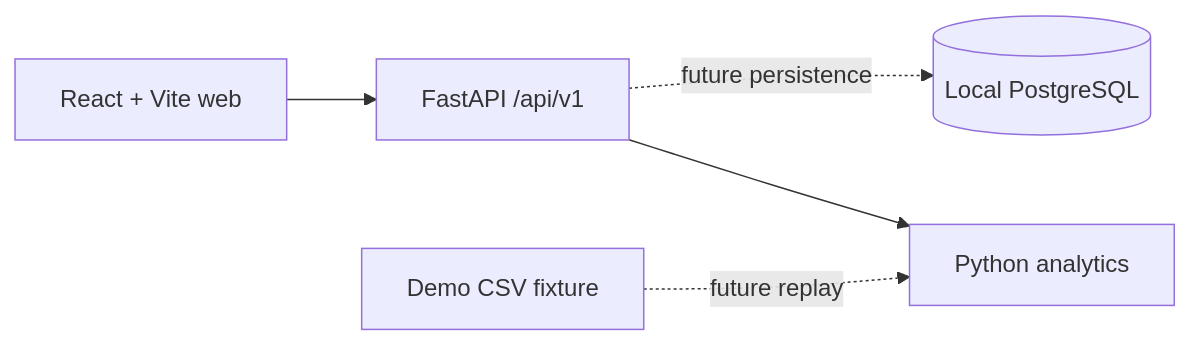
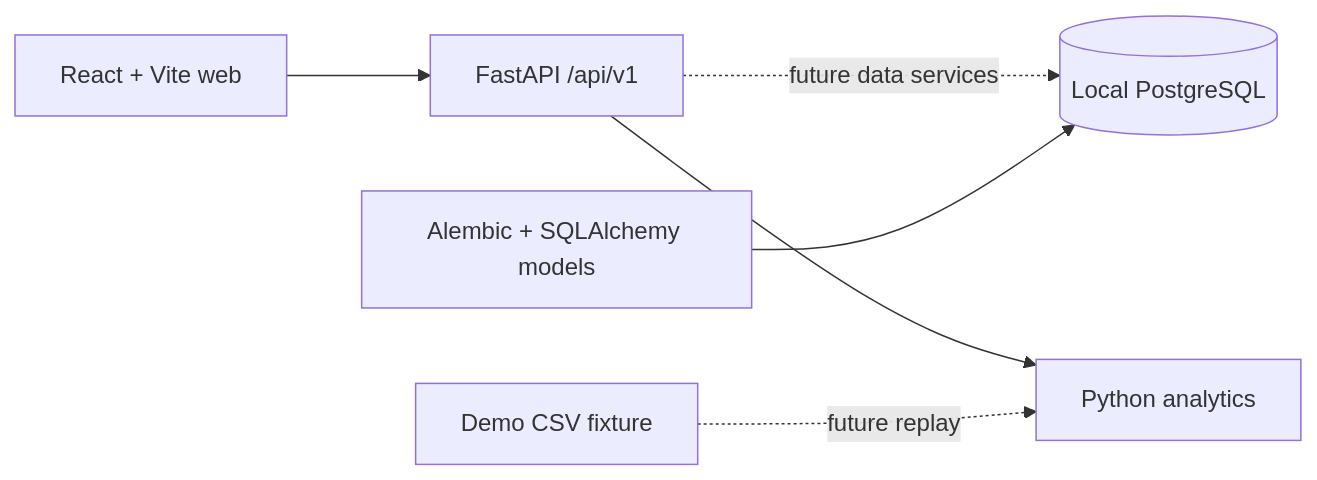
One commit to ribh76/GAITMATE_V2 changed the diagram in README.md. Above: the diagram before and after it, drawn with Mermaid. The commit also changed other lines of this file and 25 other files, not shown here.

Commit message:
configured data models for postgreSQL database

````diff
--- a/README.md
+++ b/README.md
@@ -9,7 +9,8 @@
 ```mermaid
 flowchart LR
   Web[React + Vite web] --> API[FastAPI /api/v1]
-  API -. future persistence .-> DB[(Local PostgreSQL)]
+  API -. future data services .-> DB[(Local PostgreSQL)]
+  Migrations[Alembic + SQLAlchemy models] --> DB
   API --> Analytics[Python analytics]
   Fixtures[Demo CSV fixture] -. future replay .-> Analytics
 ```
````
